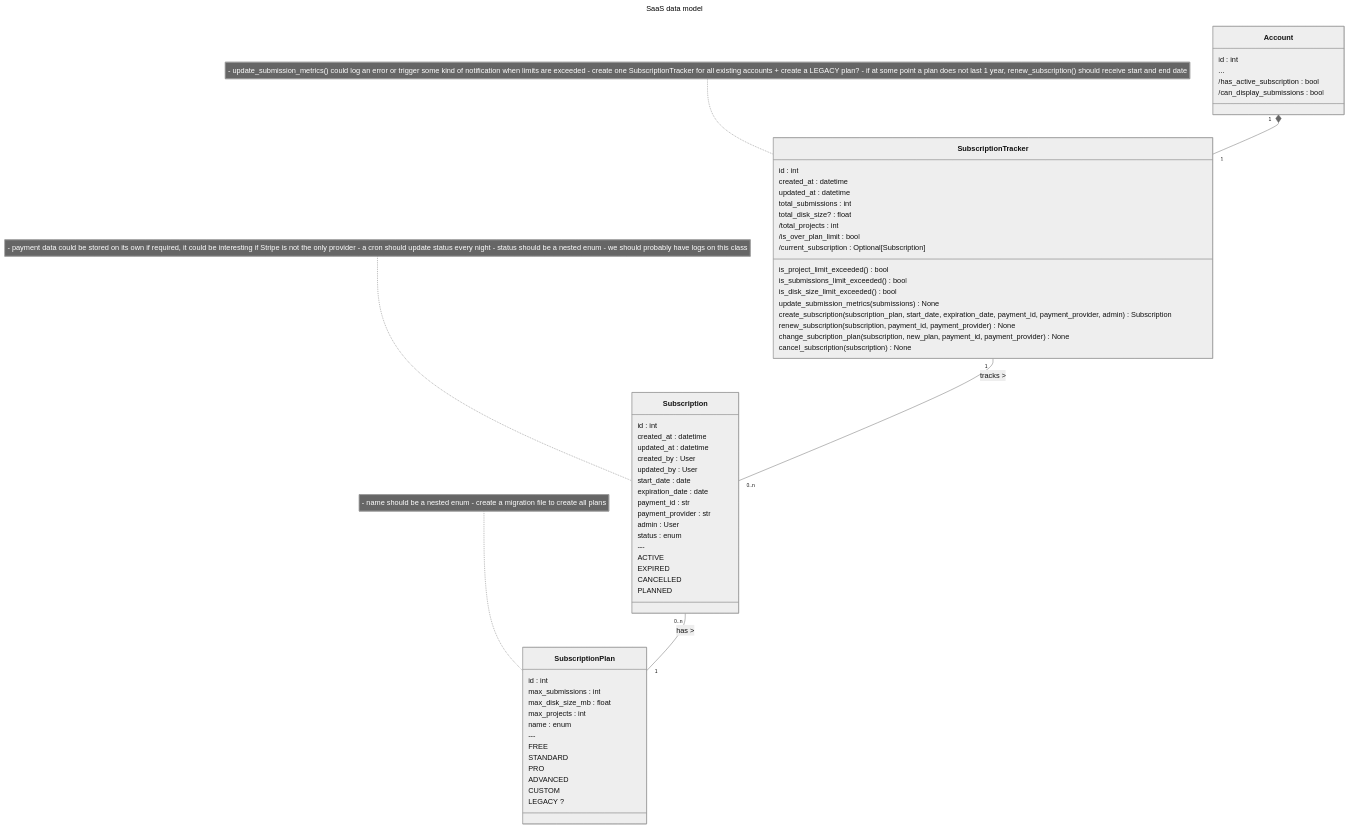
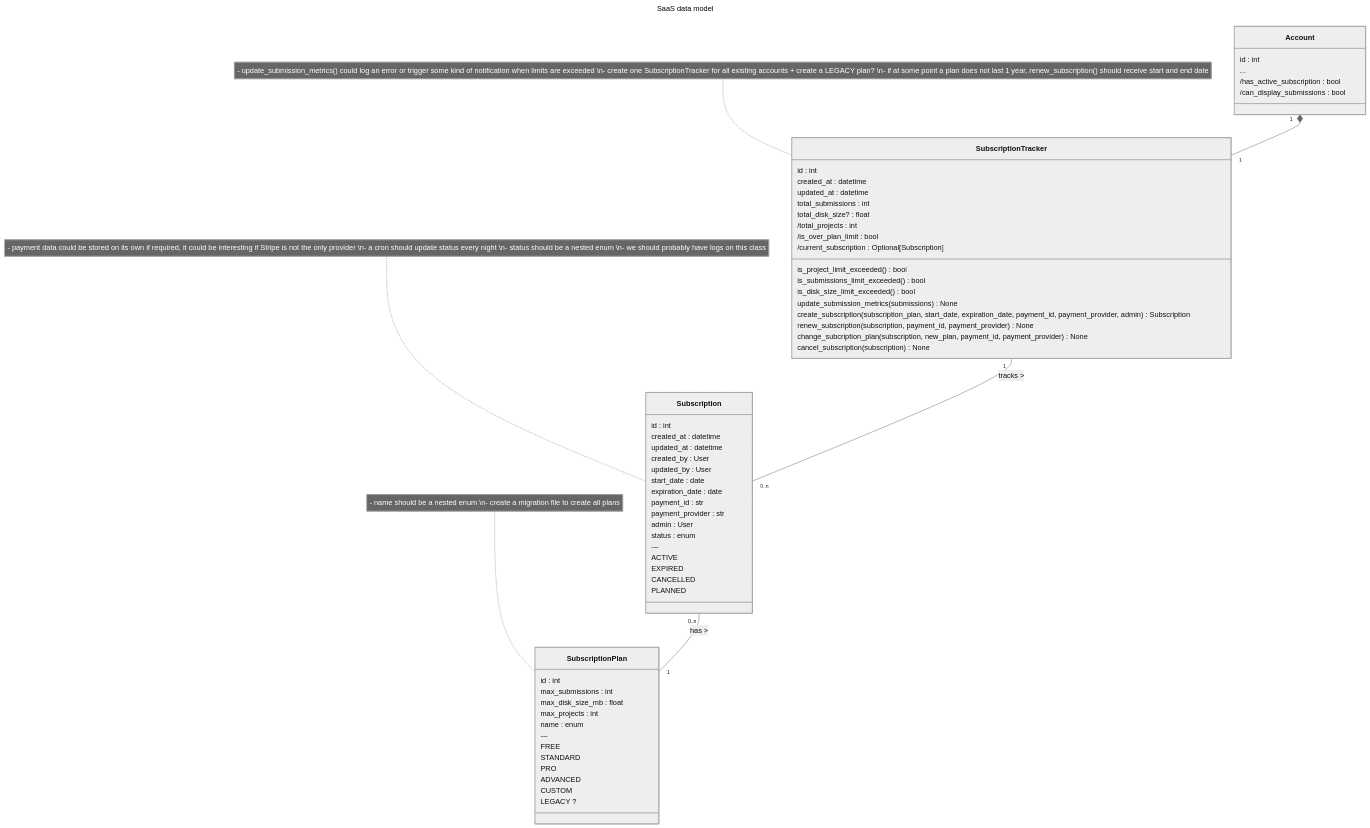
One commit to BLSQ/iaso changed the second of 2 diagrams in docs/pages/dev/reference/SaaS/saas_modelization.md. Above: the diagram before and after it, drawn with Mermaid (neutral theme). The commit also changed other lines of this file, not shown here.

````diff
--- a/docs/pages/dev/reference/SaaS/saas_modelization.md
+++ b/docs/pages/dev/reference/SaaS/saas_modelization.md
@@ -54,82 +54,82 @@
 ```mermaid
 ---
 title: SaaS data model
 ---
 
 classDiagram
     class Account {
         id : int
         ...
         /has_active_subscription : bool
         /can_display_submissions : bool
     }
     
     class SubscriptionTracker {
         id : int
         created_at : datetime
         updated_at : datetime
         total_submissions : int
         total_disk_size? : float
         /total_projects : int
         /is_over_plan_limit : bool
         /current_subscription : Optional[Subscription]
         is_project_limit_exceeded() bool
         is_submissions_limit_exceeded() bool
         is_disk_size_limit_exceeded() bool
         update_submission_metrics(submissions) None
         create_subscription(subscription_plan, start_date, expiration_date, payment_id, payment_provider, admin) Subscription
         renew_subscription(subscription, payment_id, payment_provider) None
         change_subcription_plan(subscription, new_plan, payment_id, payment_provider) None
         cancel_subscription(subscription) None
     }
     note for SubscriptionTracker "- update_submission_metrics() could log an error or trigger some kind of notification when limits are exceeded
-    - create one SubscriptionTracker for all existing accounts + create a LEGACY plan?
-    - if at some point a plan does not last 1 year, renew_subscription() should receive start and end date"
+    \n- create one SubscriptionTracker for all existing accounts + create a LEGACY plan?
+    \n- if at some point a plan does not last 1 year, renew_subscription() should receive start and end date"
     
     Account "1" *-- "1" SubscriptionTracker
     
 
     class Subscription {
         id : int
         created_at : datetime
         updated_at : datetime
         created_by : User
         updated_by : User
         start_date : date
         expiration_date : date
         payment_id : str
         payment_provider : str
         admin : User
         status : enum
         ---
         ACTIVE
         EXPIRED
         CANCELLED
         PLANNED
     }
     note for Subscription "- payment data could be stored on its own if required, it could be interesting if Stripe is not the only provider
-    - a cron should update status every night
-    - status should be a nested enum
-    - we should probably have logs on this class"
+    \n- a cron should update status every night
+    \n- status should be a nested enum
+    \n- we should probably have logs on this class"
     
     SubscriptionTracker "1" -- "0..n" Subscription : tracks >
     
     class SubscriptionPlan { 
         id : int
         max_submissions : int
         max_disk_size_mb : float
         max_projects : int
         name : enum
         ---
         FREE
         STANDARD
         PRO
         ADVANCED
         CUSTOM
         LEGACY ?
     }
     note for SubscriptionPlan "- name should be a nested enum
-    - create a migration file to create all plans"
+    \n- create a migration file to create all plans"
 
     Subscription "0..n" -- "1" SubscriptionPlan : has >
 ```
````
